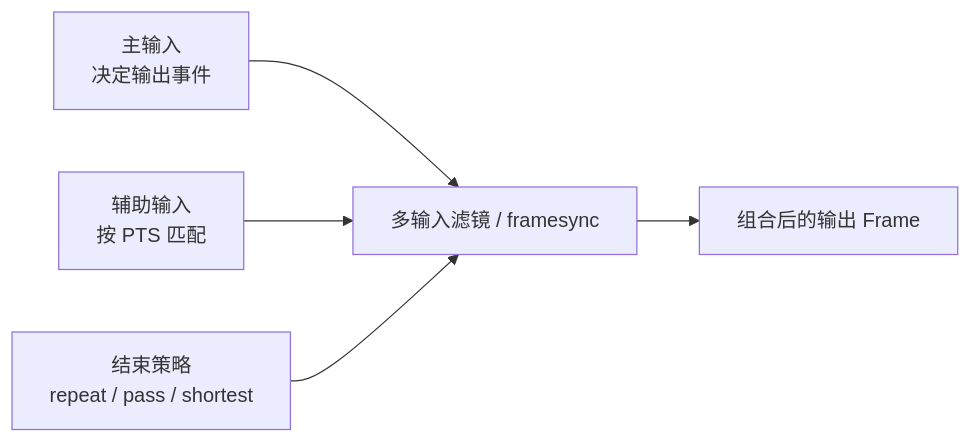
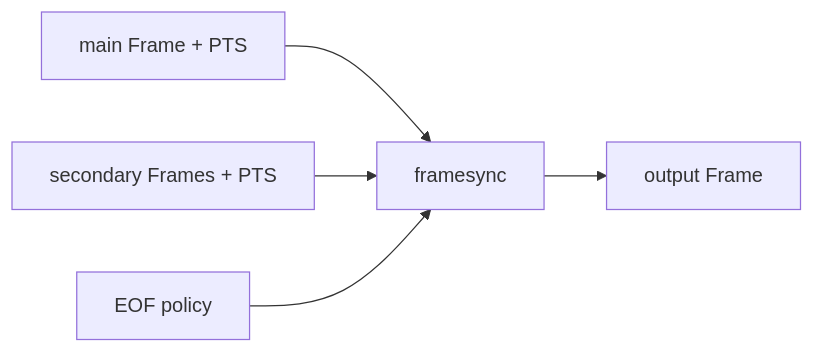
One commit to flycodeu/FlyCodeCenter changed the second of 2 diagrams in src/content/tutorial/ffmpeg/FFmpeg Filters-2.md. Above: the diagram before and after it, drawn with Mermaid. The commit also changed other lines of this file and 5 other files, not shown here.

````diff
--- a/src/content/tutorial/ffmpeg/FFmpeg Filters-2.md
+++ b/src/content/tutorial/ffmpeg/FFmpeg Filters-2.md
@@ -261,7 +175,7 @@
 ```mermaid
 flowchart LR
-  M[主输入<br/>决定输出事件] --> F[多输入滤镜 / framesync]
-  S[辅助输入<br/>按 PTS 匹配] --> F
-  F --> O[组合后的输出 Frame]
-  P[结束策略<br/>repeat / pass / shortest] --> F
+  M[main Frame + PTS] --> FS[framesync]
+  S[secondary Frames + PTS] --> FS
+  EOF[EOF policy] --> FS
+  FS --> O[output Frame]
 ```
````
